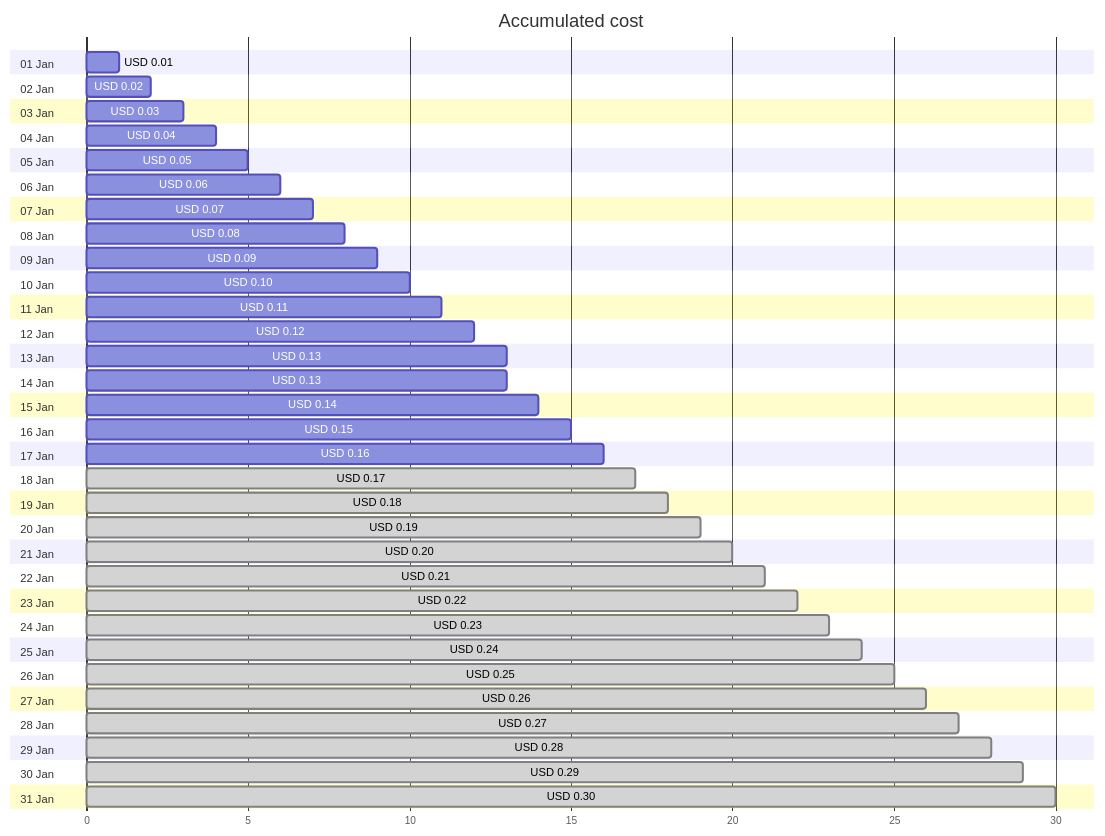
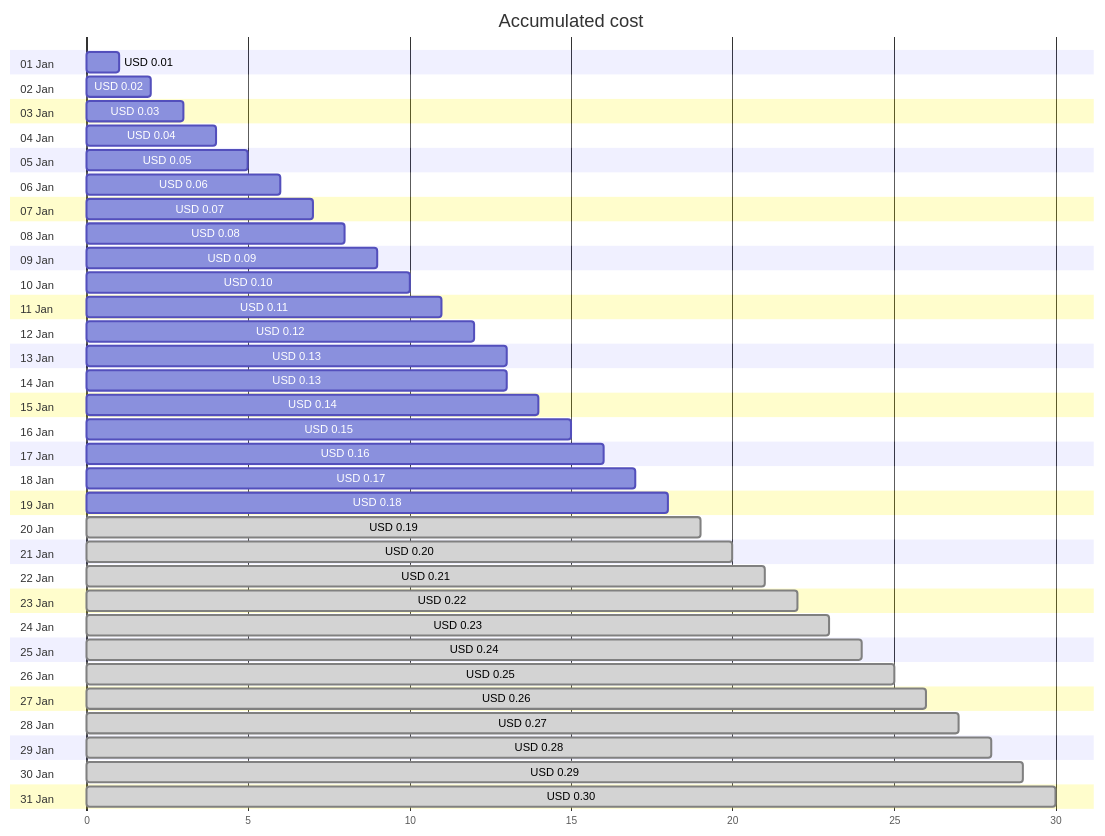
One commit to jpfulton/azure-personal-reports changed the first of 4 diagrams in cost-reports/cloud-shell-storage-eastus/README.md. Above: the diagram before and after it, drawn with Mermaid. The commit also changed other lines of this file and 1 other file, not shown here.

````diff
--- a/cost-reports/cloud-shell-storage-eastus/README.md
+++ b/cost-reports/cloud-shell-storage-eastus/README.md
@@ -20,68 +20,68 @@
 ```mermaid
 gantt
    title Accumulated cost
    dateFormat  X
    axisFormat %s
    section 01 Jan
    USD 0.01 :0, 1
    section 02 Jan
    USD 0.02 :0, 2
    section 03 Jan
    USD 0.03 :0, 3
    section 04 Jan
    USD 0.04 :0, 4
    section 05 Jan
    USD 0.05 :0, 5
    section 06 Jan
    USD 0.06 :0, 6
    section 07 Jan
    USD 0.07 :0, 7
    section 08 Jan
    USD 0.08 :0, 8
    section 09 Jan
    USD 0.09 :0, 9
    section 10 Jan
    USD 0.10 :0, 10
    section 11 Jan
    USD 0.11 :0, 11
    section 12 Jan
    USD 0.12 :0, 12
    section 13 Jan
    USD 0.13 :0, 13
    section 14 Jan
    USD 0.13 :0, 13
    section 15 Jan
    USD 0.14 :0, 14
    section 16 Jan
    USD 0.15 :0, 15
    section 17 Jan
    USD 0.16 :0, 16
    section 18 Jan
-   USD 0.17 : done, 0, 17
+   USD 0.17 :0, 17
    section 19 Jan
-   USD 0.18 : done, 0, 18
+   USD 0.18 :0, 18
    section 20 Jan
    USD 0.19 : done, 0, 19
    section 21 Jan
    USD 0.20 : done, 0, 20
    section 22 Jan
    USD 0.21 : done, 0, 21
    section 23 Jan
    USD 0.22 : done, 0, 22
    section 24 Jan
    USD 0.23 : done, 0, 23
    section 25 Jan
    USD 0.24 : done, 0, 24
    section 26 Jan
    USD 0.25 : done, 0, 25
    section 27 Jan
    USD 0.26 : done, 0, 26
    section 28 Jan
    USD 0.27 : done, 0, 27
    section 29 Jan
    USD 0.28 : done, 0, 28
    section 30 Jan
    USD 0.29 : done, 0, 29
    section 31 Jan
    USD 0.30 : done, 0, 30
 ```
````
